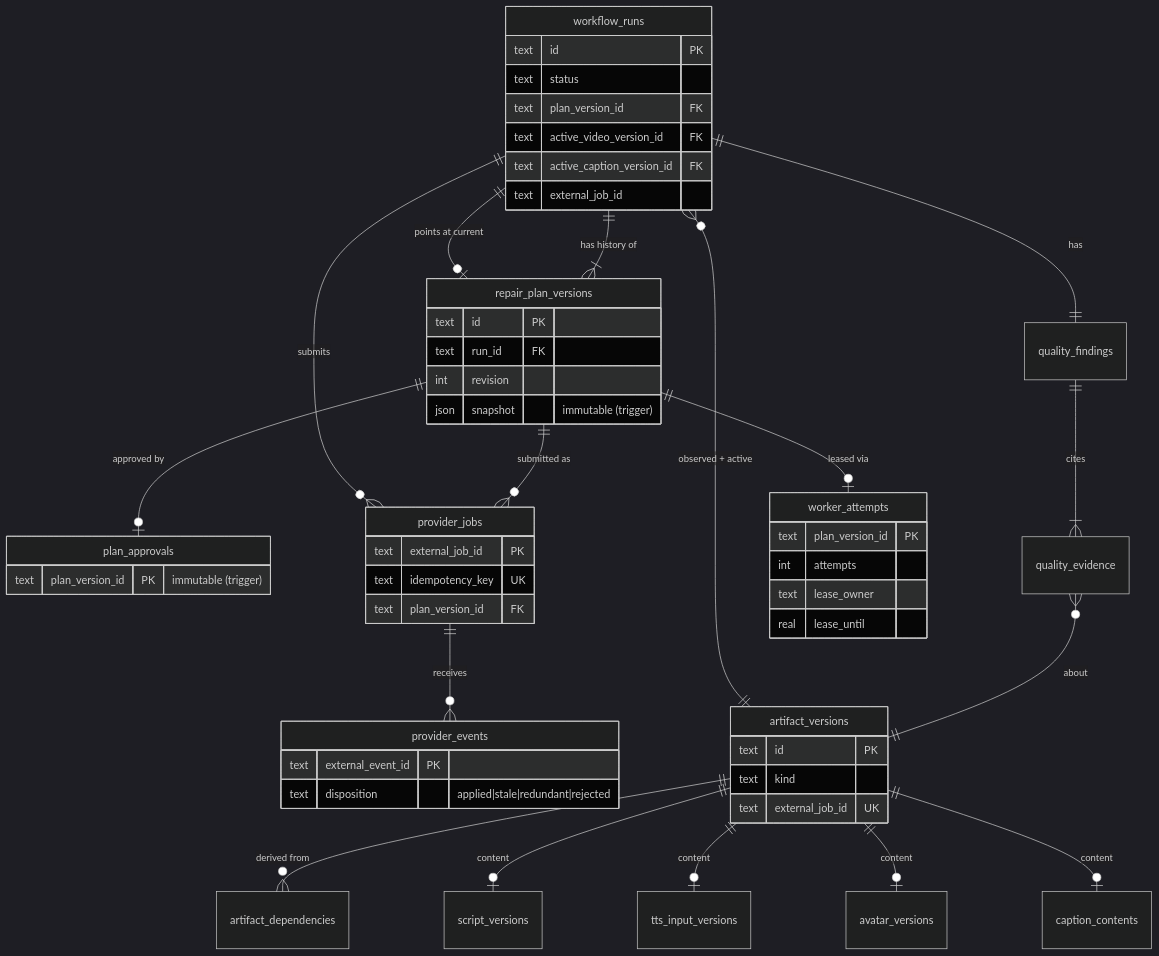
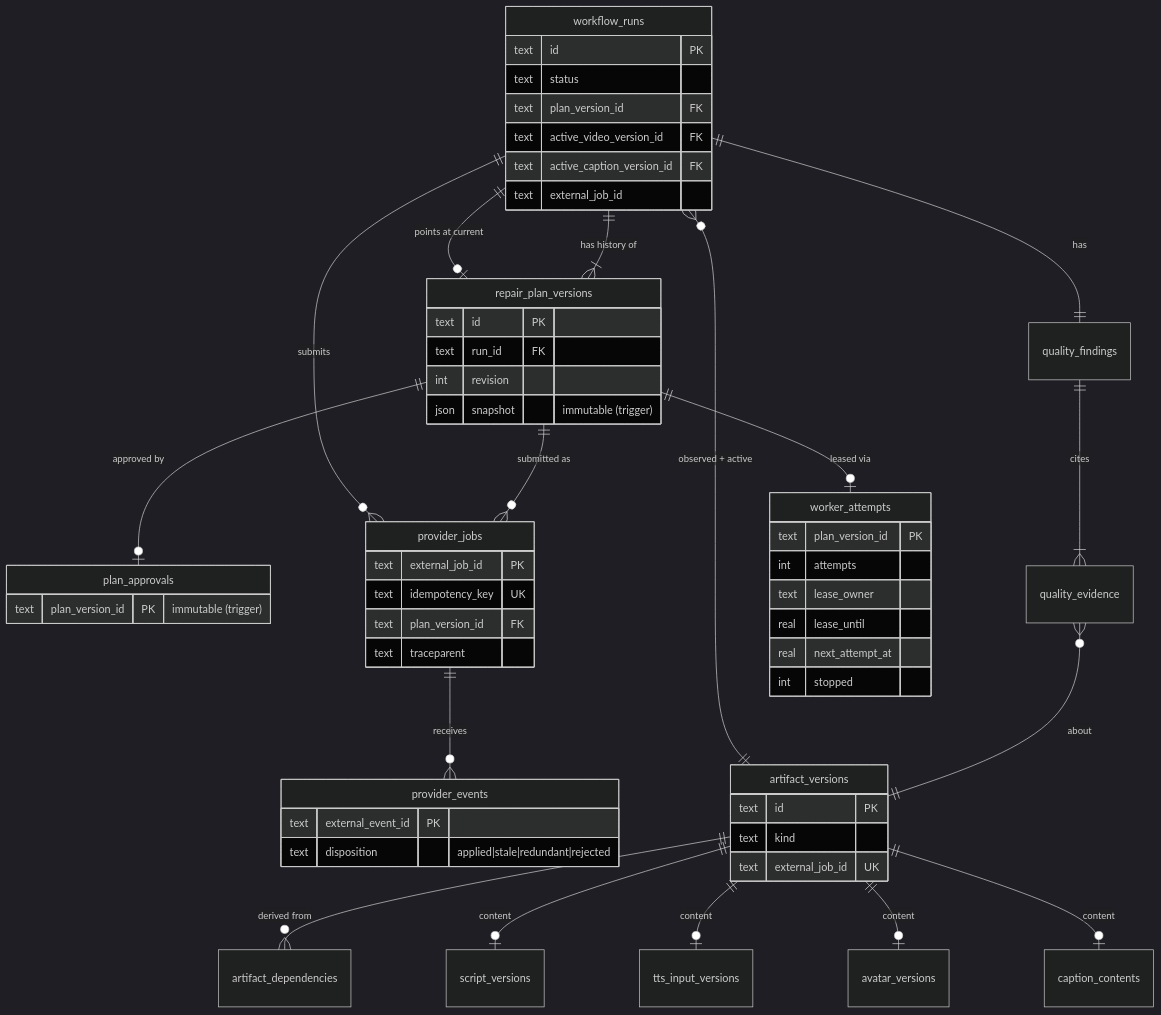
The third of 15 diagrams in docs/diagrams.md (woolnerd/media-qc-agent), drawn with Mermaid (dark theme) before and after one commit. The commit also changed other lines of this file and 1 other file, not shown here.

First line of the commit message:
docs(diagrams): add evaluation and observability, fix lifecycle gaps

````diff
--- a/docs/diagrams.md
+++ b/docs/diagrams.md
@@ -108,58 +107,61 @@
 ```mermaid
 erDiagram
     workflow_runs ||--o| repair_plan_versions : "points at current"
     workflow_runs ||--|{ repair_plan_versions : "has history of"
     repair_plan_versions ||--o| plan_approvals : "approved by"
     workflow_runs ||--|| quality_findings : has
     quality_findings ||--|{ quality_evidence : "cites"
     workflow_runs ||--o{ provider_jobs : submits
     repair_plan_versions ||--o{ provider_jobs : "submitted as"
     provider_jobs ||--o{ provider_events : receives
     repair_plan_versions ||--o| worker_attempts : "leased via"
 
     artifact_versions ||--o{ artifact_dependencies : "derived from"
     artifact_versions ||--o| script_versions : "content"
     artifact_versions ||--o| tts_input_versions : "content"
     artifact_versions ||--o| avatar_versions : "content"
     artifact_versions ||--o| caption_contents : "content"
     workflow_runs }o--|| artifact_versions : "observed + active"
     quality_evidence }o--|| artifact_versions : "about"
 
     workflow_runs {
         text id PK
         text status
         text plan_version_id FK
         text active_video_version_id FK
         text active_caption_version_id FK
         text external_job_id
     }
     repair_plan_versions {
         text id PK
         text run_id FK
         int revision
         json snapshot "immutable (trigger)"
     }
     plan_approvals {
         text plan_version_id PK "immutable (trigger)"
     }
     provider_jobs {
         text external_job_id PK
         text idempotency_key UK
         text plan_version_id FK
+        text traceparent
     }
     provider_events {
         text external_event_id PK
         text disposition "applied|stale|redundant|rejected"
     }
     worker_attempts {
         text plan_version_id PK
         int attempts
         text lease_owner
         real lease_until
+        real next_attempt_at
+        int stopped
     }
     artifact_versions {
         text id PK
         text kind
         text external_job_id UK
     }
 ```
````
